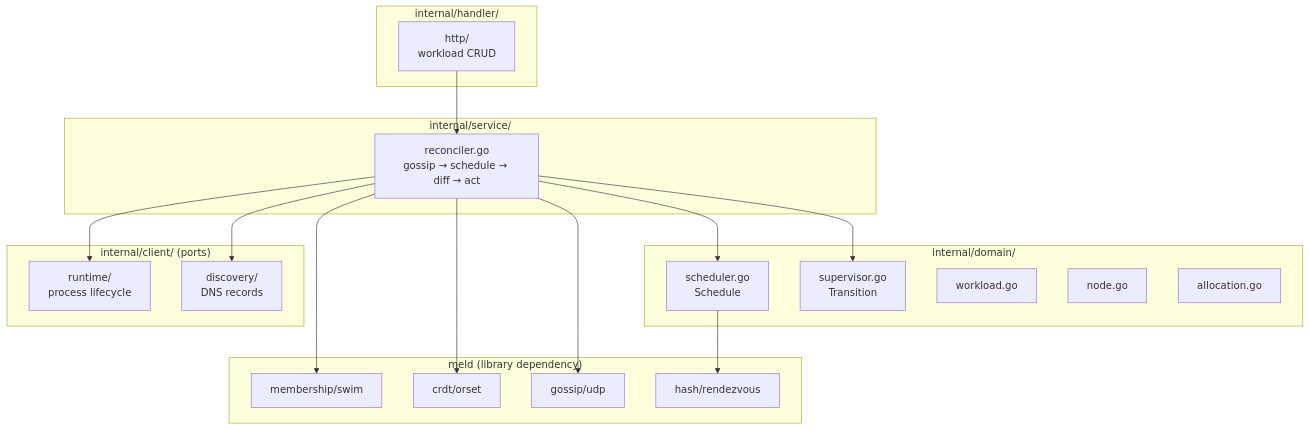
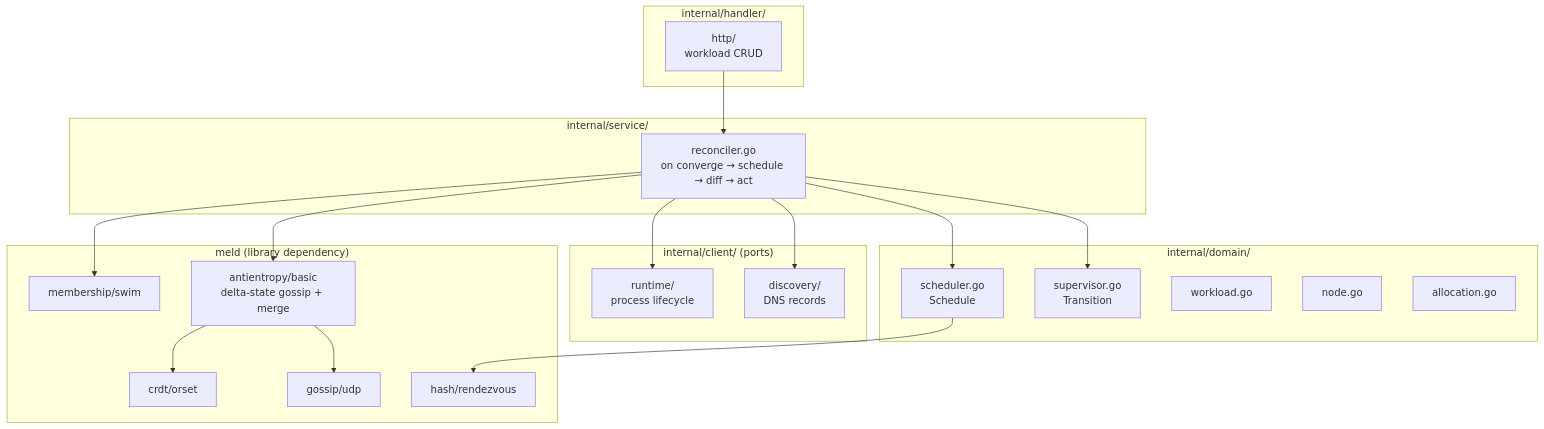
The first of 2 diagrams in README.md (w-h-a/flock), drawn with Mermaid before and after one commit.

Commit message:
docs: update README (#5)

````diff
--- a/README.md
+++ b/README.md
@@ -13,40 +13,42 @@
 ```mermaid
 graph TD
     subgraph "internal/domain/"
         SCH[scheduler.go<br/>Schedule]
         SUP[supervisor.go<br/>Transition]
         WK[workload.go]
         ND[node.go]
         AL[allocation.go]
     end
 
     subgraph "internal/service/"
-        REC[reconciler.go<br/>gossip → schedule → diff → act]
+        REC[reconciler.go<br/>on converge → schedule → diff → act]
     end
 
     subgraph "internal/handler/"
         HTTP[http/<br/>workload CRUD]
     end
 
     subgraph "internal/client/ (ports)"
         RT[runtime/<br/>process lifecycle]
         DIS[discovery/<br/>DNS records]
     end
 
     subgraph "meld (library dependency)"
         MEMB[membership/swim]
         CRDT[crdt/orset]
         GOSSIP[gossip/udp]
         HASH[hash/rendezvous]
+        AE[antientropy/basic<br/>delta-state gossip + merge]
     end
 
     REC --> SCH
     REC --> SUP
     REC --> RT
     REC --> DIS
     REC --> MEMB
-    REC --> CRDT
-    REC --> GOSSIP
+    REC --> AE
+    AE --> CRDT
+    AE --> GOSSIP
     SCH --> HASH
     HTTP --> REC
 ```
````
